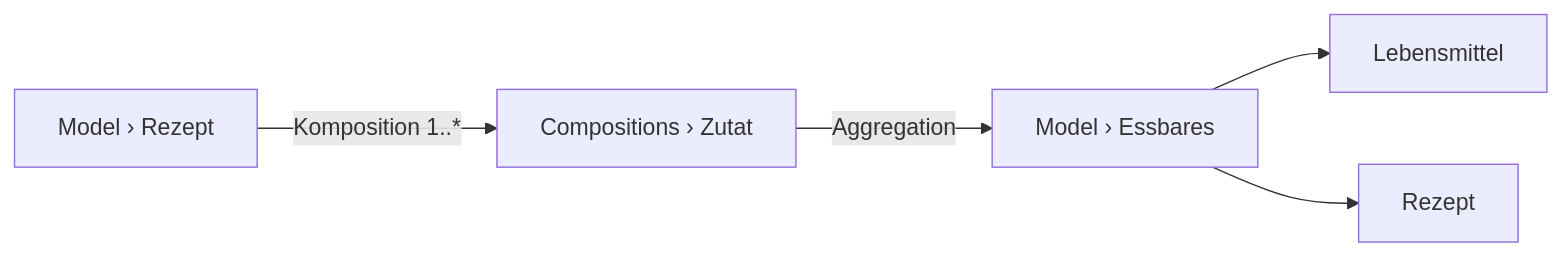
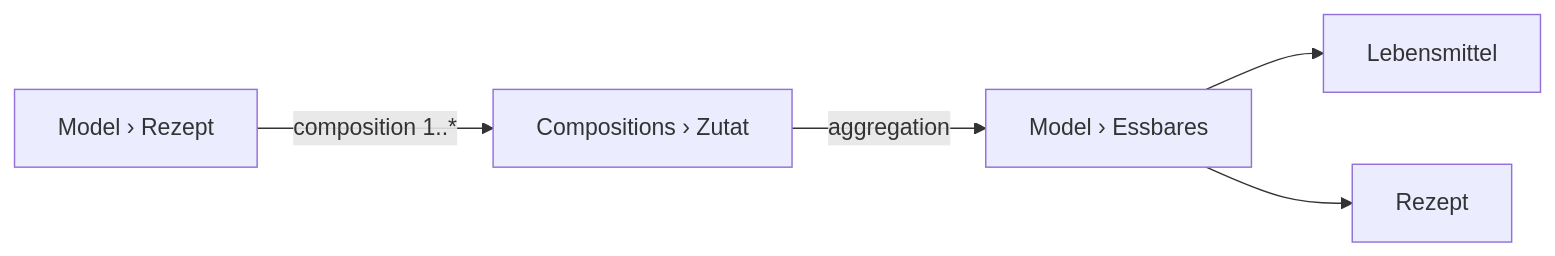
The second of 3 diagrams in docs/NewConcept/96-scenario-check.md (sfambach/wp-taxonomy-modeler), drawn with Mermaid before and after one commit. The commit also changed other lines of this file and 4 other files, not shown here.

First line of the commit message:
Diagramme auf Englisch, Sachnamen bleiben

````diff
--- a/docs/NewConcept/96-scenario-check.md
+++ b/docs/NewConcept/96-scenario-check.md
@@ -53,7 +53,7 @@
 ```mermaid
 flowchart LR
-  R["Model › Rezept"] -->|Komposition 1..*| Z["Compositions › Zutat"]
-  Z -->|Aggregation| E["Model › Essbares"]
+  R["Model › Rezept"] -->|composition 1..*| Z["Compositions › Zutat"]
+  Z -->|aggregation| E["Model › Essbares"]
   E --> L["Lebensmittel"]
   E --> R2["Rezept"]
 ```
````
